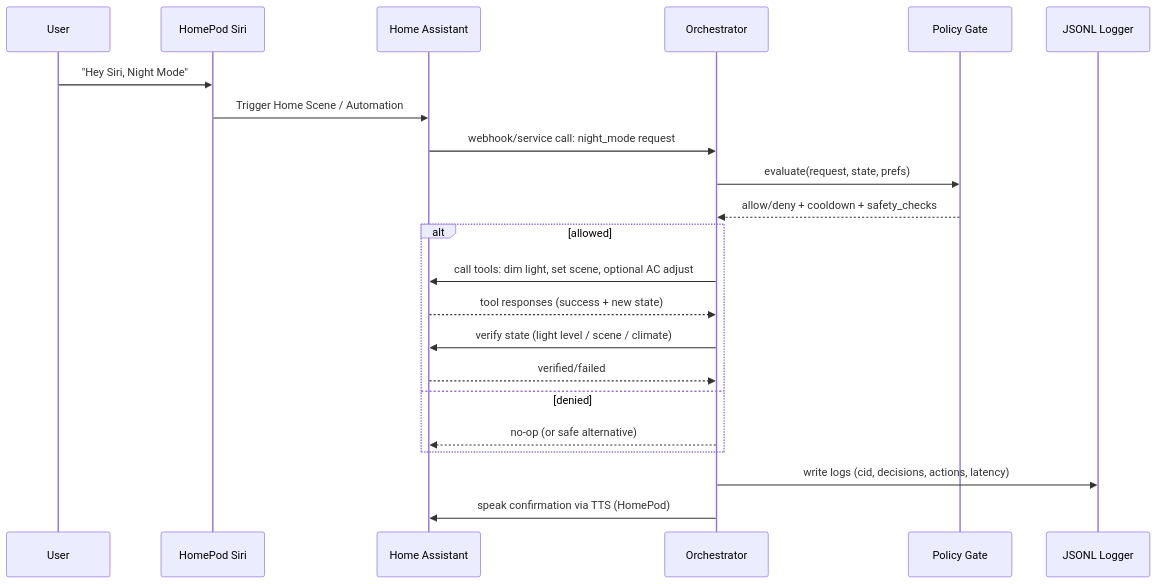
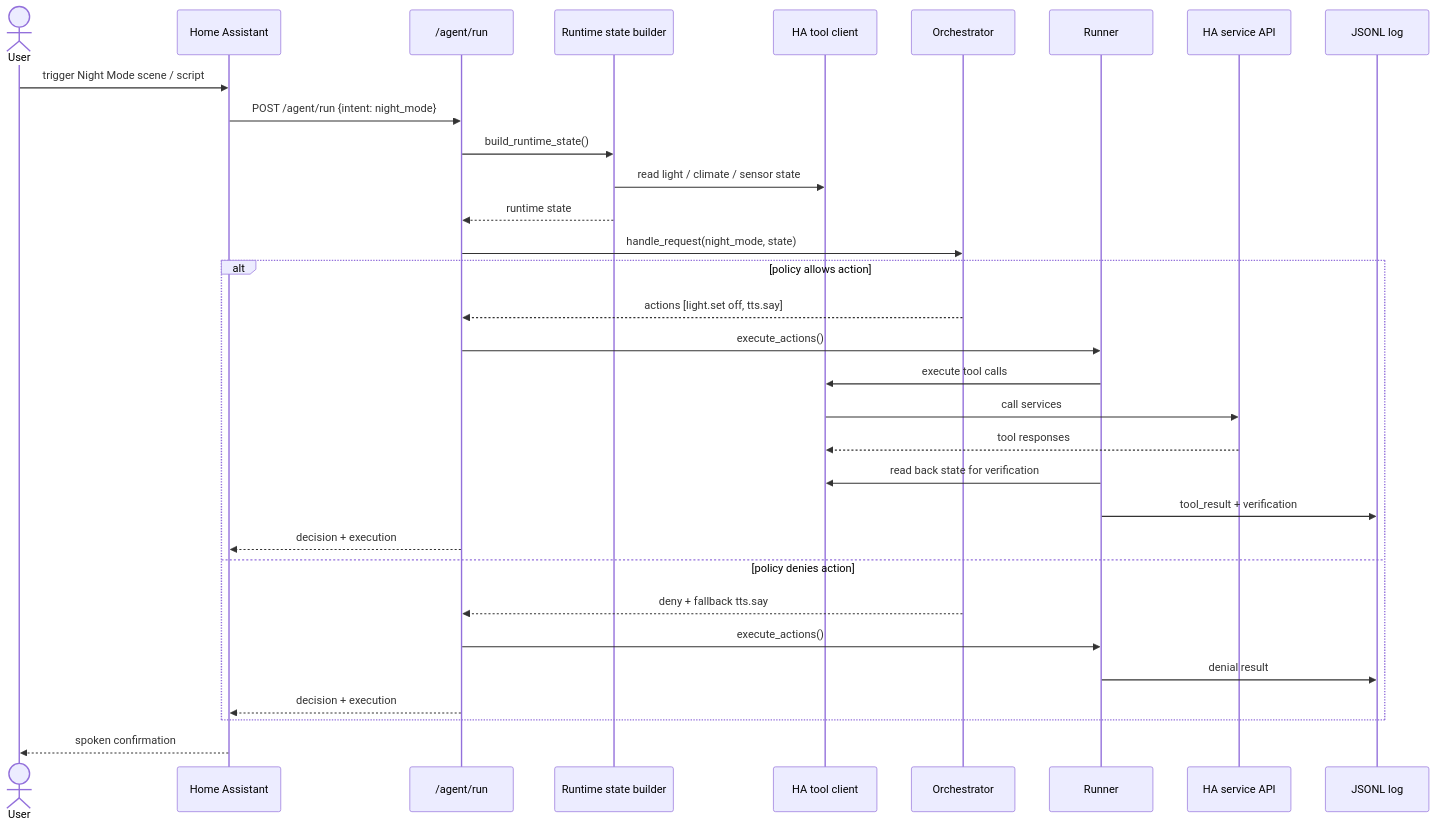
The diagram in docs/night_mode.mmd (RohithSurya/bedroom-agent), drawn with Mermaid before and after one commit. The commit also changed 26 other files, not shown here.

```diff
--- a/docs/night_mode.mmd
+++ b/docs/night_mode.mmd
@@ -1,26 +1,35 @@
 sequenceDiagram
-  participant User as User
-  participant Siri as HomePod Siri
+  actor User
   participant HA as Home Assistant
-  participant A as Orchestrator
-  participant P as Policy Gate
-  participant L as JSONL Logger
+  participant API as /agent/run
+  participant State as Runtime state builder
+  participant Tool as HA tool client
+  participant Orch as Orchestrator
+  participant Run as Runner
+  participant HAApi as HA service API
+  participant Log as JSONL log
 
-  User->>Siri: "Hey Siri, Night Mode"
-  Siri->>HA: Trigger Home Scene / Automation
-  HA->>A: webhook/service call: night_mode request
+  User->>HA: trigger Night Mode scene / script
+  HA->>API: POST /agent/run {intent: night_mode}
+  API->>State: build_runtime_state()
+  State->>Tool: read light / climate / sensor state
+  State-->>API: runtime state
+  API->>Orch: handle_request(night_mode, state)
 
-  A->>P: evaluate(request, state, prefs)
-  P-->>A: allow/deny + cooldown + safety_checks
-
-  alt allowed
-    A->>HA: call tools: dim light, set scene, optional AC adjust
-    HA-->>A: tool responses (success + new state)
-    A->>HA: verify state (light level / scene / climate)
-    HA-->>A: verified/failed
-  else denied
-    A-->>HA: no-op (or safe alternative)
+  alt policy allows action
+    Orch-->>API: actions [light.set off, tts.say]
+    API->>Run: execute_actions()
+    Run->>Tool: execute tool calls
+    Tool->>HAApi: call services
+    HAApi-->>Tool: tool responses
+    Run->>Tool: read back state for verification
+    Run->>Log: tool_result + verification
+    API-->>HA: decision + execution
+  else policy denies action
+    Orch-->>API: deny + fallback tts.say
+    API->>Run: execute_actions()
+    Run->>Log: denial result
+    API-->>HA: decision + execution
   end
 
-  A->>L: write logs (cid, decisions, actions, latency)
-  A->>HA: speak confirmation via TTS (HomePod)
+  HA-->>User: spoken confirmation
```
